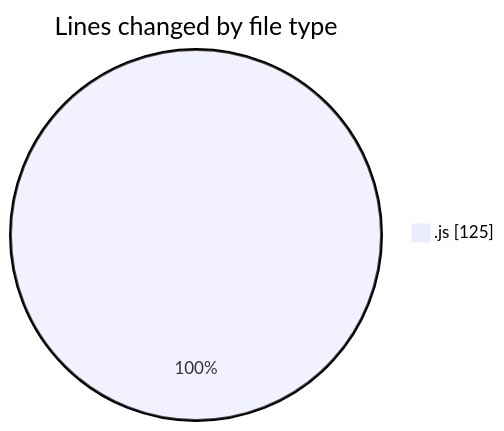
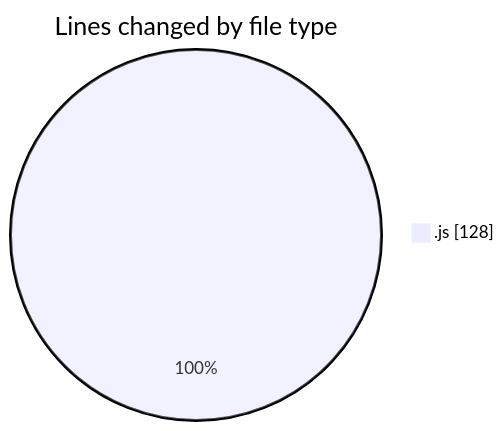
Before and after one commit to Ritupan-Deka/code-tracking: the first of 2 diagrams in 2025-07-19/mern-workoutboard/README.md, drawn with Mermaid. The commit also changed other lines of this file and 1 other file, not shown here.

````diff
--- a/2025-07-19/mern-workoutboard/README.md
+++ b/2025-07-19/mern-workoutboard/README.md
@@ -21,5 +21,5 @@
 ```mermaid
 pie showData
 title Lines changed by file type
-".js" : 125
+".js" : 128
 ```
````
